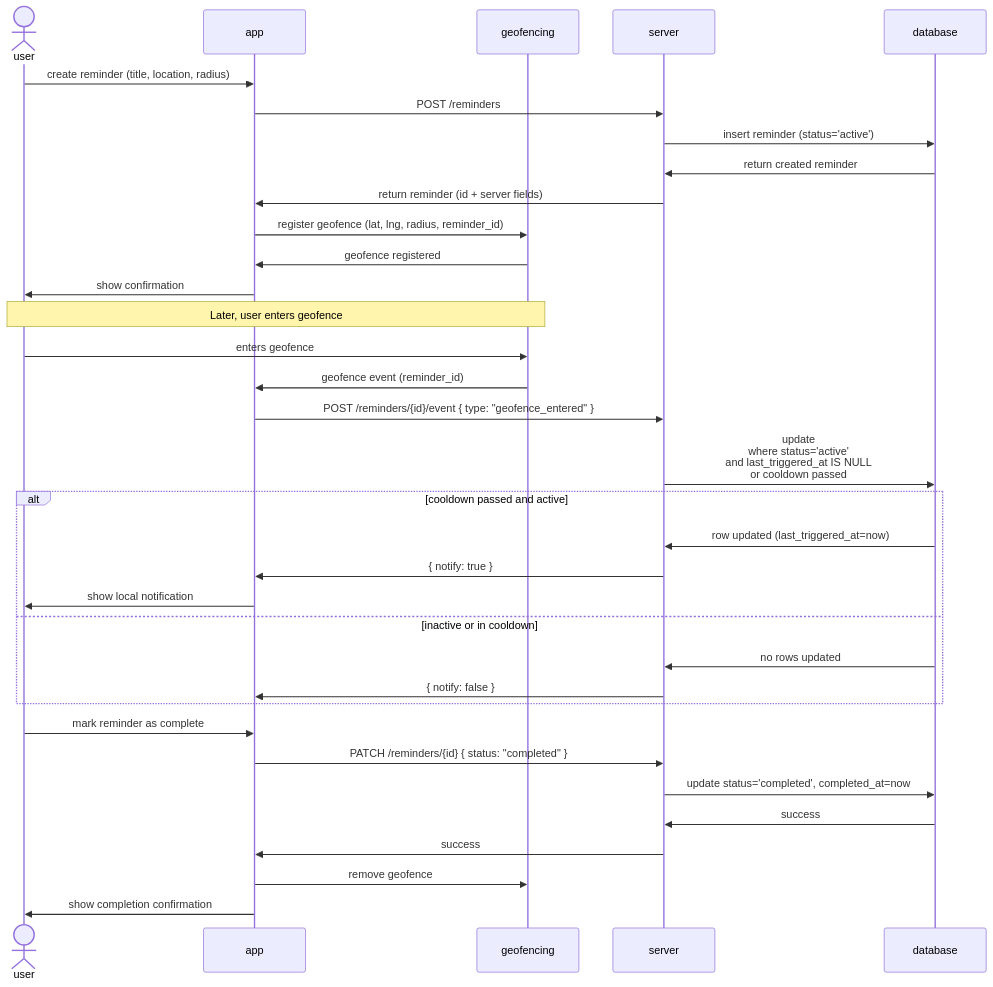
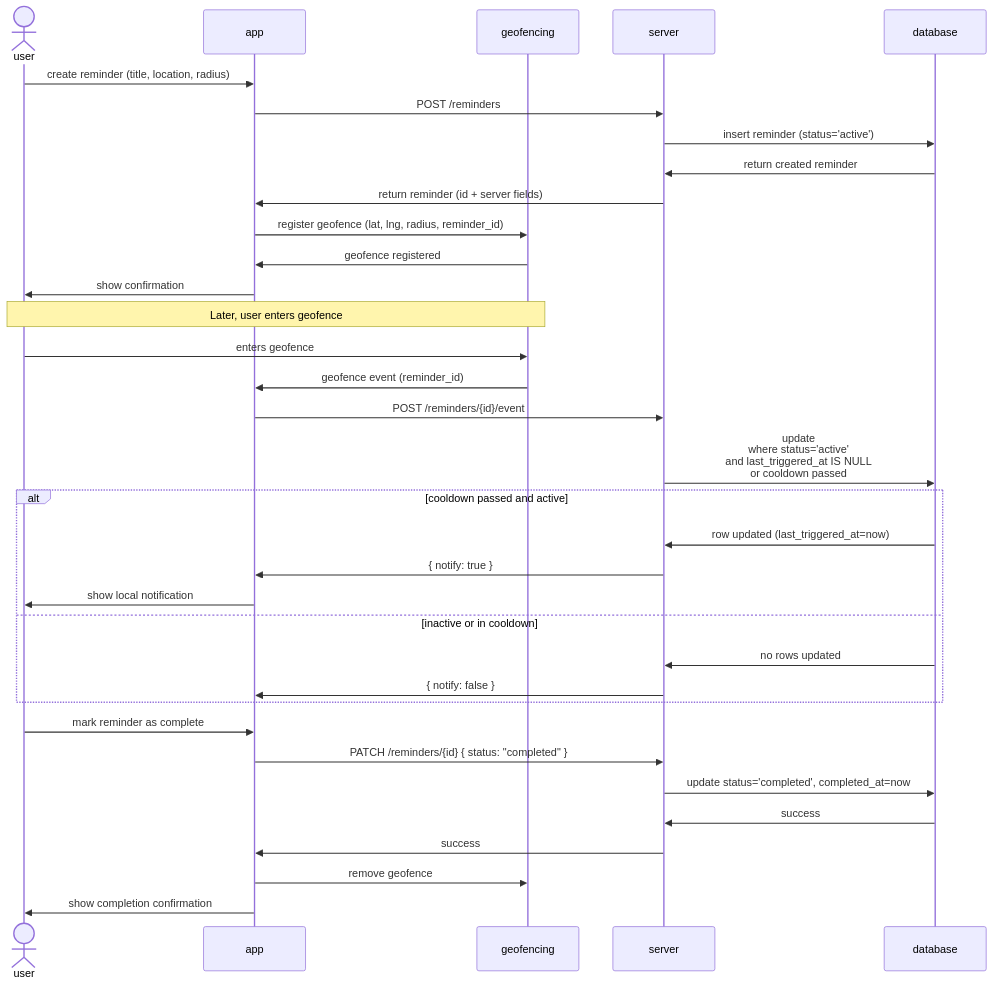
The diagram in reminder_flow.md (MapMinder/mapminder_documents), drawn with Mermaid before and after one commit.

Commit message:
update: updated sequence diagram

````diff
--- a/reminder_flow.md
+++ b/reminder_flow.md
@@ -17,44 +17,44 @@
 ```mermaid
 sequenceDiagram
 actor user
 participant mf as app
 participant gf as geofencing
 participant mb as server
 participant db as database
 
 user->>mf: create reminder (title, location, radius)
 mf->>mb: POST /reminders
 mb->>db: insert reminder (status='active')
 db->>mb: return created reminder
 mb->>mf: return reminder (id + server fields)
 mf->>gf: register geofence (lat, lng, radius, reminder_id)
 gf->>mf: geofence registered
 mf->>user: show confirmation
 
 
 Note over user,gf: Later, user enters geofence
 
 user->>gf: enters geofence
 gf->>mf: geofence event (reminder_id)
 
-mf->>mb: POST /reminders/{id}/event { type: "geofence_entered" }
+mf->>mb: POST /reminders/{id}/event
 
 mb->>db: update<br/>where status='active'<br/>and last_triggered_at IS NULL<br/>or cooldown passed
 
 alt cooldown passed and active
     db->>mb: row updated (last_triggered_at=now)
     mb->>mf: { notify: true }
     mf->>user: show local notification
 else inactive or in cooldown
     db->>mb: no rows updated
     mb->>mf: { notify: false }
 end
 
 user->>mf: mark reminder as complete
 mf->>mb: PATCH /reminders/{id} { status: "completed" }
 mb->>db: update status='completed', completed_at=now
 db->>mb: success
 mb->>mf: success
 mf->>gf: remove geofence
 mf->>user: show completion confirmation
 ```
````
